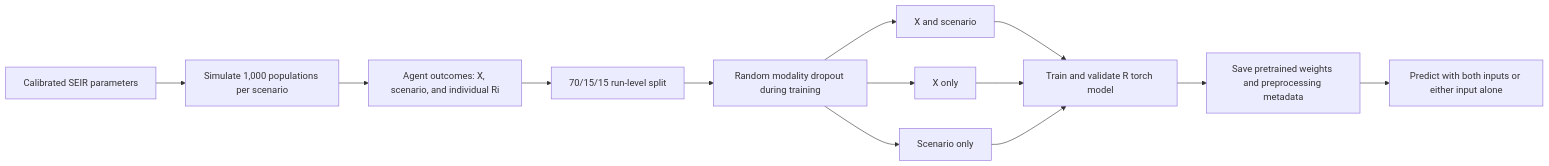
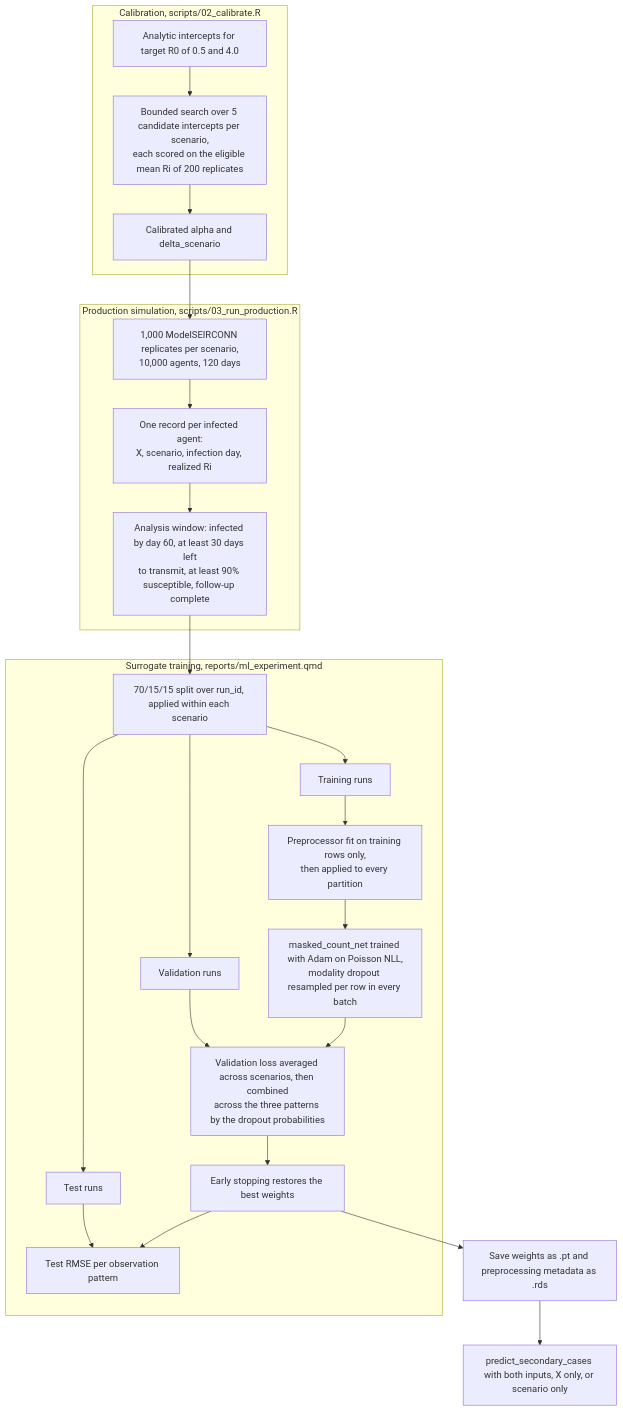
One commit to UofUEpiBio/wellcome-leap changed the first of 2 diagrams in README.md. Above: the diagram before and after it, drawn with Mermaid. The commit also changed other lines of this file and 19 other files, not shown here.

````diff
--- a/README.md
+++ b/README.md
@@ -24,15 +24,37 @@
 ``` mermaid
-flowchart LR
-  A["Calibrated SEIR parameters"] --> B["Simulate 1,000 populations per scenario"]
-  B --> C["Agent outcomes: X, scenario, and individual Ri"]
-  C --> D["70/15/15 run-level split"]
-  D --> E["Random modality dropout during training"]
-  E --> E1["X and scenario"]
-  E --> E2["X only"]
-  E --> E3["Scenario only"]
-  E1 --> F["Train and validate R torch model"]
-  E2 --> F
-  E3 --> F
-  F --> G["Save pretrained weights and preprocessing metadata"]
-  G --> H["Predict with both inputs or either input alone"]
+flowchart TB
+  subgraph calibration["Calibration, scripts/02_calibrate.R"]
+    K1["Analytic intercepts for target R0 of 0.5 and 4.0"]
+    K2["Bounded search over 5 candidate intercepts per scenario,<br/>each scored on the eligible mean Ri of 200 replicates"]
+    K3["Calibrated alpha and delta_scenario"]
+    K1 --> K2 --> K3
+  end
+
+  subgraph production["Production simulation, scripts/03_run_production.R"]
+    P1["1,000 ModelSEIRCONN replicates per scenario,<br/>10,000 agents, 120 days"]
+    P2["One record per infected agent:<br/>X, scenario, infection day, realized Ri"]
+    P3["Analysis window: infected by day 60, at least 30 days left<br/>to transmit, at least 90% susceptible, follow-up complete"]
+    P1 --> P2 --> P3
+  end
+
+  subgraph surrogate["Surrogate training, reports/ml_experiment.qmd"]
+    T1["70/15/15 split over run_id, applied within each scenario"]
+    T2["Training runs"]
+    T3["Validation runs"]
+    T4["Test runs"]
+    T5["Preprocessor fit on training rows only,<br/>then applied to every partition"]
+    T6["masked_count_net trained with Adam on Poisson NLL,<br/>modality dropout resampled per row in every batch"]
+    T7["Validation loss averaged across scenarios, then combined<br/>across the three patterns by the dropout probabilities"]
+    T8["Early stopping restores the best weights"]
+    T9["Test RMSE per observation pattern"]
+    T1 --> T2 --> T5 --> T6
+    T1 --> T3 --> T7
+    T1 --> T4 --> T9
+    T6 --> T7 --> T8 --> T9
+  end
+
+  K3 --> P1
+  P3 --> T1
+  T8 --> S1["Save weights as .pt and preprocessing metadata as .rds"]
+  S1 --> S2["predict_secondary_cases with both inputs, X only, or scenario only"]
 ```
````
